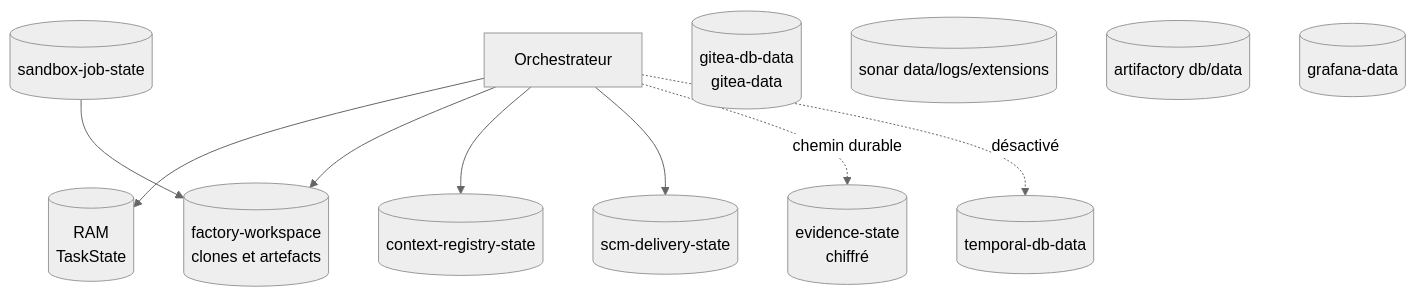
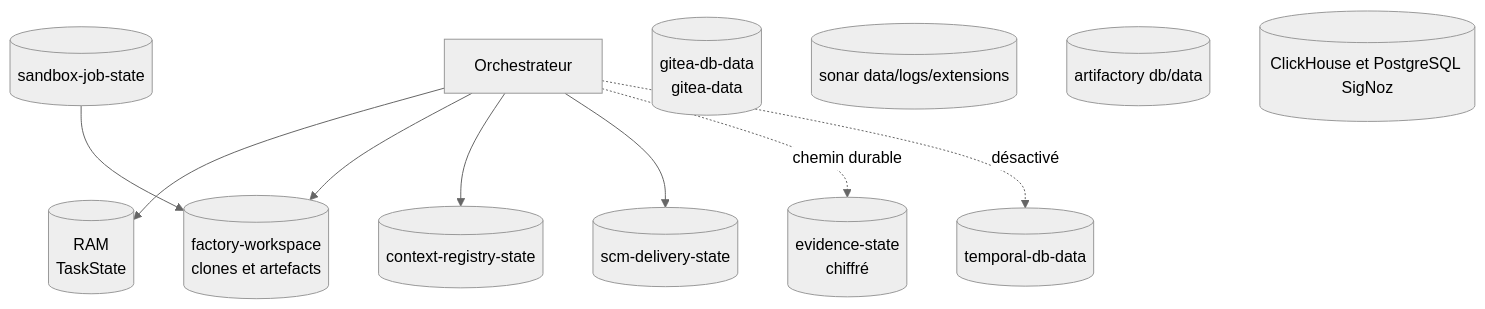
The ninth of 11 diagrams in docs/overview/current-state.md (dbeaumont/ai-software-factory-local), drawn with Mermaid (neutral theme) before and after one commit. The commit also changed other lines of this file and 88 other files, not shown here.

````diff
--- a/docs/overview/current-state.md
+++ b/docs/overview/current-state.md
@@ -715,23 +715,23 @@
 ```mermaid
 flowchart TB
     ORCH[Orchestrateur]
     MEM[(RAM<br/>TaskState)]
     WS[(factory-workspace<br/>clones et artefacts)]
     JOB[(sandbox-job-state)]
     CTX[(context-registry-state)]
     SCM[(scm-delivery-state)]
     EVD[(evidence-state<br/>chiffré)]
     TDB[(temporal-db-data)]
     GDB[(gitea-db-data<br/>gitea-data)]
     SDB[(sonar data/logs/extensions)]
     ADB[(artifactory db/data)]
-    GRAF[(grafana-data)]
+    SIGNOZ[(ClickHouse et PostgreSQL SigNoz)]
 
     ORCH --> MEM
     ORCH --> WS
     ORCH --> CTX
     ORCH --> SCM
     ORCH -. chemin durable .-> EVD
     ORCH -. désactivé .-> TDB
     JOB --> WS
 ```
````
